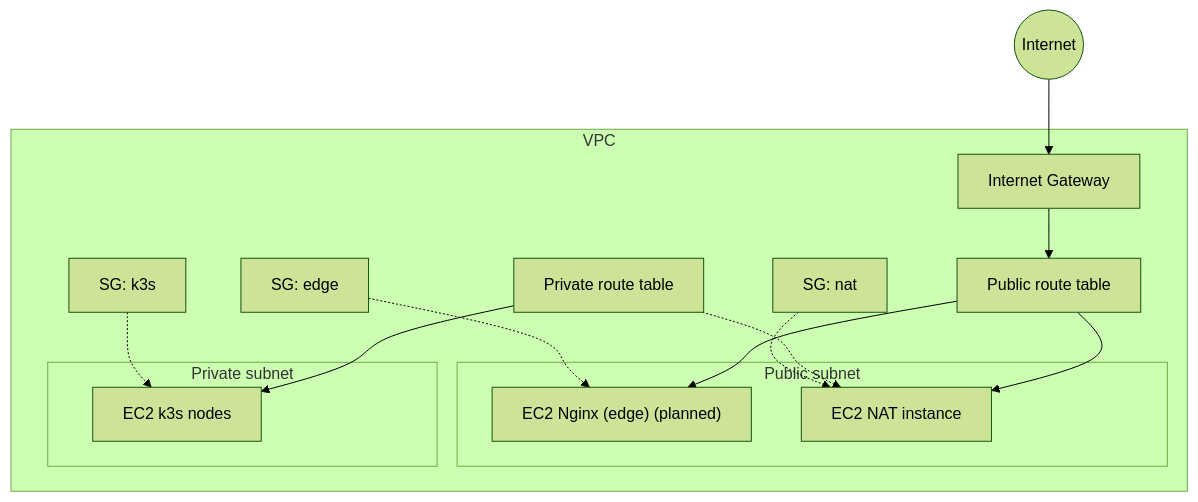
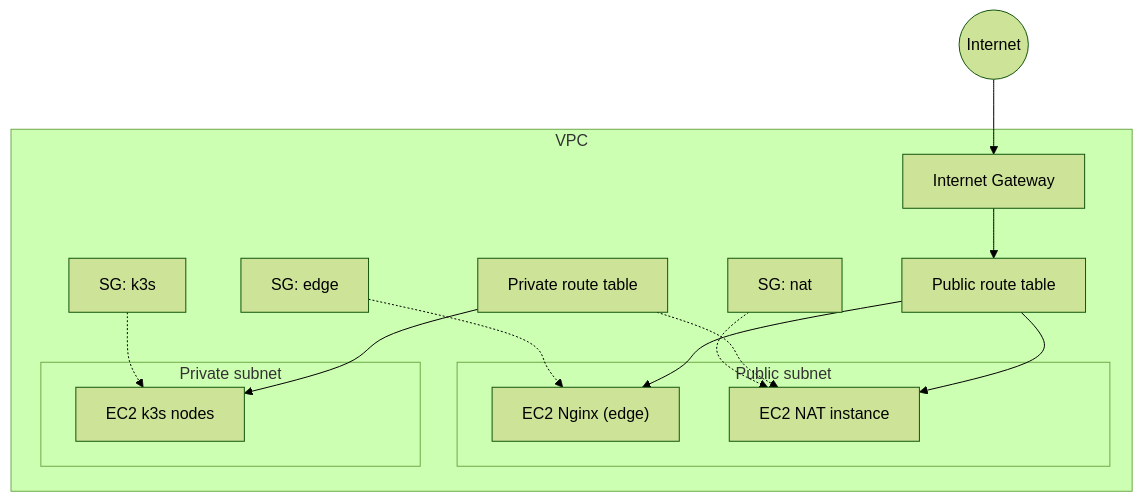
The second of 2 diagrams in docs/architecture/infrastructure.md (ClementV78/CloudRadar), drawn with Mermaid (forest theme) before and after one commit. The commit also changed other lines of this file and 1 other file, not shown here.

First line of the commit message:
docs(architecture): refine edge docs

````diff
--- a/docs/architecture/infrastructure.md
+++ b/docs/architecture/infrastructure.md
@@ -30,35 +33,35 @@
 ```mermaid
 flowchart TB
   internet((Internet))
 
   subgraph VPC["VPC"]
     igw["Internet Gateway"]
 
     subgraph Public["Public subnet"]
-      edge["EC2 Nginx (edge) (planned)"]
+      edge["EC2 Nginx (edge)"]
       nat["EC2 NAT instance"]
     end
 
     subgraph Private["Private subnet"]
       k3s["EC2 k3s nodes"]
     end
 
     publicRT["Public route table"]
     privateRT["Private route table"]
 
     edgeSG["SG: edge"]
     natSG["SG: nat"]
     k3sSG["SG: k3s"]
   end
 
   internet --> igw
   igw --> publicRT
   publicRT --> edge
   publicRT --> nat
   privateRT --> k3s
   privateRT -.-> nat
 
   edgeSG -.-> edge
   natSG -.-> nat
   k3sSG -.-> k3s
 ```
````
